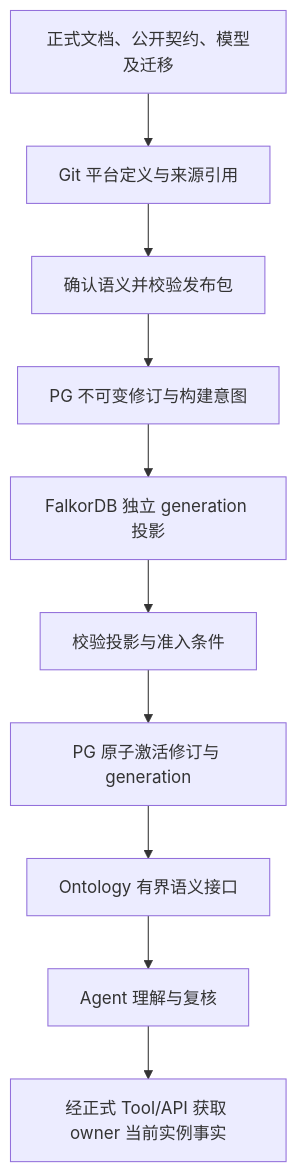
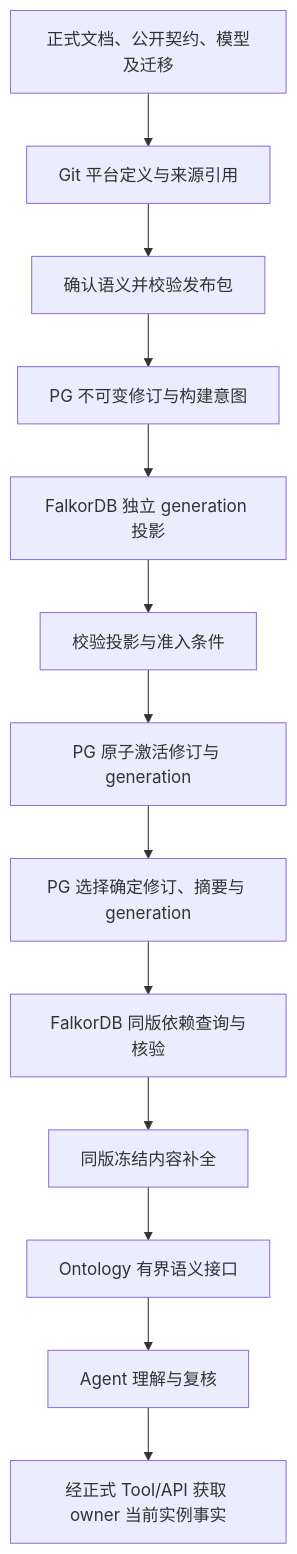
The diagram in docs/next/ADDP Ontology最小设计契约.md (pampa0629/addp), drawn with Mermaid before and after one commit. The commit also changed other lines of this file and 93 other files, not shown here.

````diff
--- a/docs/next/ADDP Ontology最小设计契约.md
+++ b/docs/next/ADDP Ontology最小设计契约.md
@@ -324,12 +328,15 @@
 ```mermaid
 flowchart TD
     Sources[正式文档、公开契约、模型及迁移] --> Definition[Git 平台定义与来源引用]
     Definition --> Validate[确认语义并校验发布包]
     Validate --> PG[PG 不可变修订与构建意图]
     PG --> Graph[FalkorDB 独立 generation 投影]
     Graph --> Verify[校验投影与准入条件]
     Verify --> Active[PG 原子激活修订与 generation]
-    Active --> API[Ontology 有界语义接口]
+    Active --> Binding[PG 选择确定修订、摘要与 generation]
+    Binding --> Dependencies[FalkorDB 同版依赖查询与核验]
+    Dependencies --> Hydrate[同版冻结内容补全]
+    Hydrate --> API[Ontology 有界语义接口]
     API --> Agent[Agent 理解与复核]
     Agent --> Owner[经正式 Tool/API 获取 owner 当前实例事实]
 ```
````
